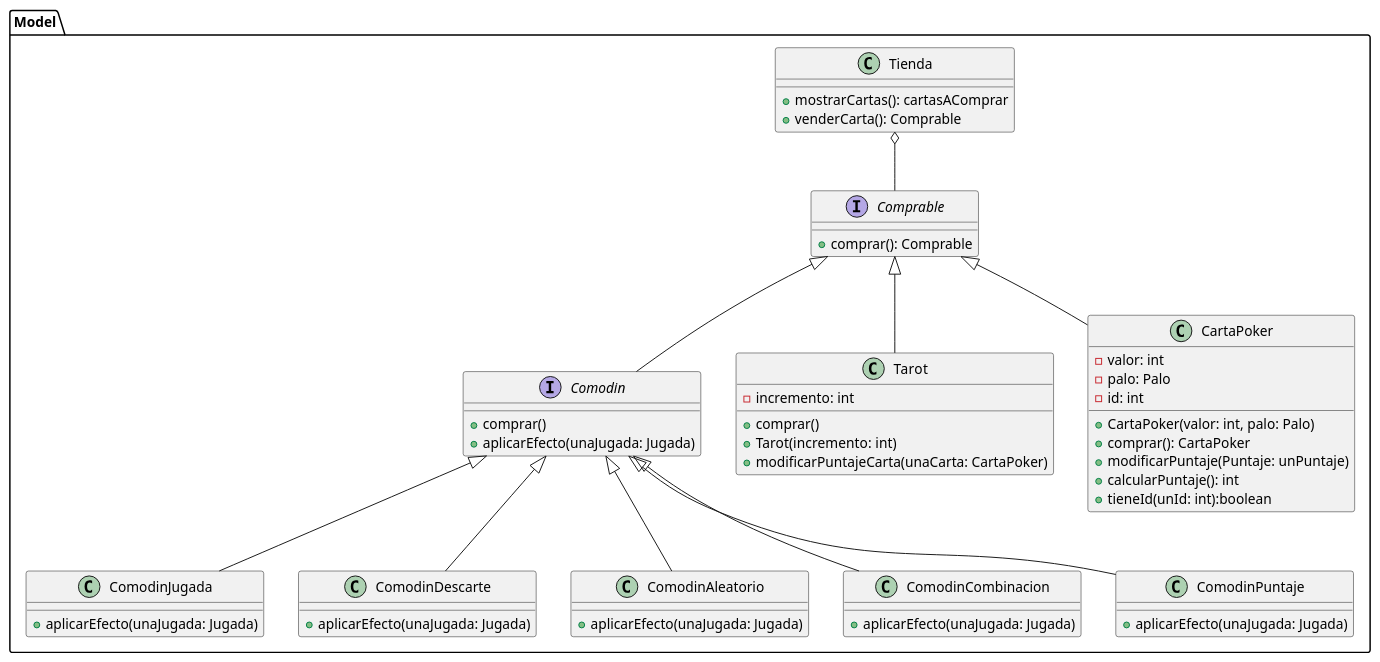
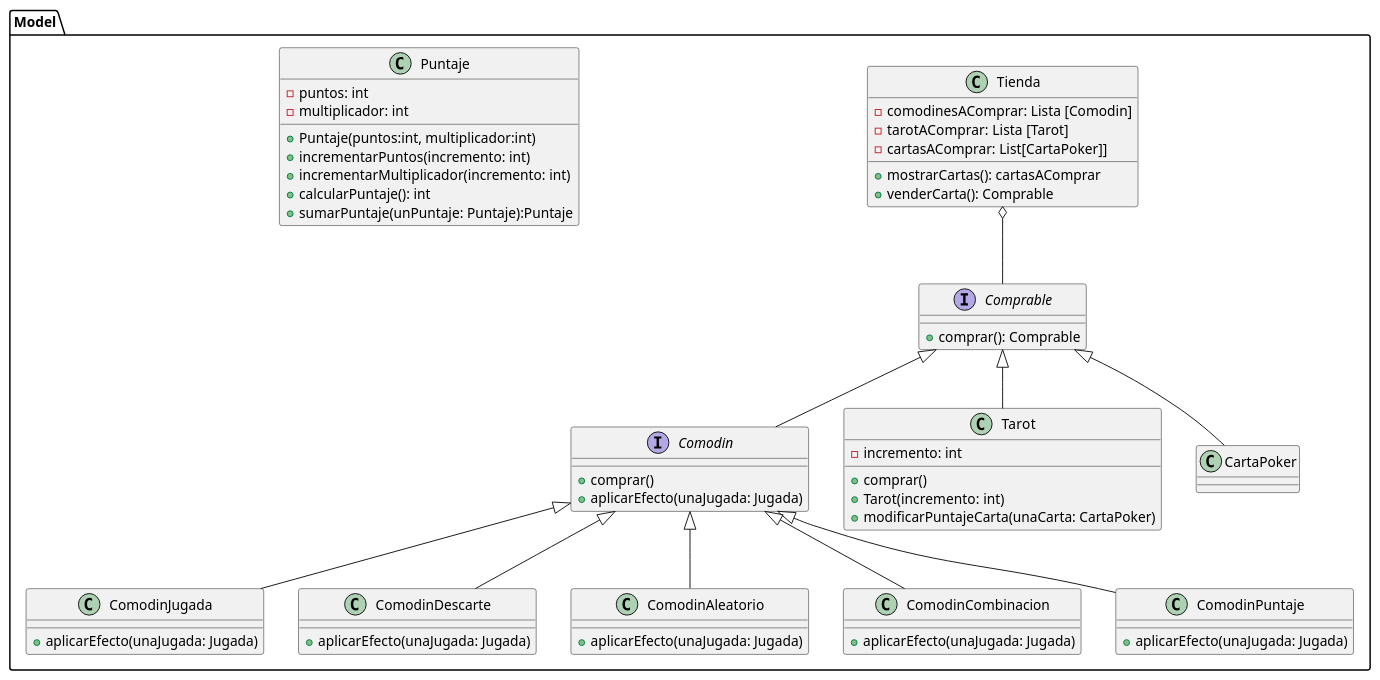
The diagram in diagrams/classes/clasesBalatro3.puml (carruizdiaz1109/UBAlatro), drawn with PlantUML before and after one commit. The commit also changed 3 other files, not shown here.

Commit message:
actualizacion diagrama de clases

```diff
--- a/diagrams/classes/clasesBalatro3.puml
+++ b/diagrams/classes/clasesBalatro3.puml
@@ -1,64 +1,66 @@
 @startuml
 
 package Model {
 
 class Tienda {
+    - comodinesAComprar: Lista [Comodin]
+    - tarotAComprar: Lista [Tarot]
+    - cartasAComprar: List[CartaPoker]]
     + mostrarCartas(): cartasAComprar
     + venderCarta(): Comprable
 }
 
 interface Comprable {
     + comprar(): Comprable
 }
 
 interface Comodin {
     + comprar()
     + aplicarEfecto(unaJugada: Jugada)
 }
 
 class ComodinJugada {
     + aplicarEfecto(unaJugada: Jugada)
 }
 class ComodinDescarte {
     + aplicarEfecto(unaJugada: Jugada)
 }
 class ComodinAleatorio{
     + aplicarEfecto(unaJugada: Jugada)
 }
 class ComodinCombinacion{
     + aplicarEfecto(unaJugada: Jugada)
 }
 class ComodinPuntaje{
     + aplicarEfecto(unaJugada: Jugada)
 }
 
 class Tarot {
     - incremento: int
     + comprar()
     + Tarot(incremento: int)
     +modificarPuntajeCarta(unaCarta: CartaPoker)
 }
 
-class CartaPoker {
-    - valor: int
-    - palo: Palo
-    - id: int
-    + CartaPoker(valor: int, palo: Palo)
-    + comprar(): CartaPoker
-    + modificarPuntaje(Puntaje: unPuntaje)
+class Puntaje {
+    - puntos: int
+    - multiplicador: int
+    + Puntaje(puntos:int, multiplicador:int)
+    + incrementarPuntos(incremento: int)
+    + incrementarMultiplicador(incremento: int)
     + calcularPuntaje(): int
-    + tieneId(unId: int):boolean
+    + sumarPuntaje(unPuntaje: Puntaje):Puntaje
 }
 
 
 Tienda o-- Comprable
 Comodin -up-|> Comprable
 CartaPoker -up-|> Comprable
 Tarot -up-|> Comprable
 ComodinJugada -up-|> Comodin
 ComodinDescarte -up-|> Comodin
 ComodinAleatorio -up-|> Comodin
 ComodinCombinacion -up-|> Comodin
 ComodinPuntaje -up-|> Comodin
 }
 @enduml
```
